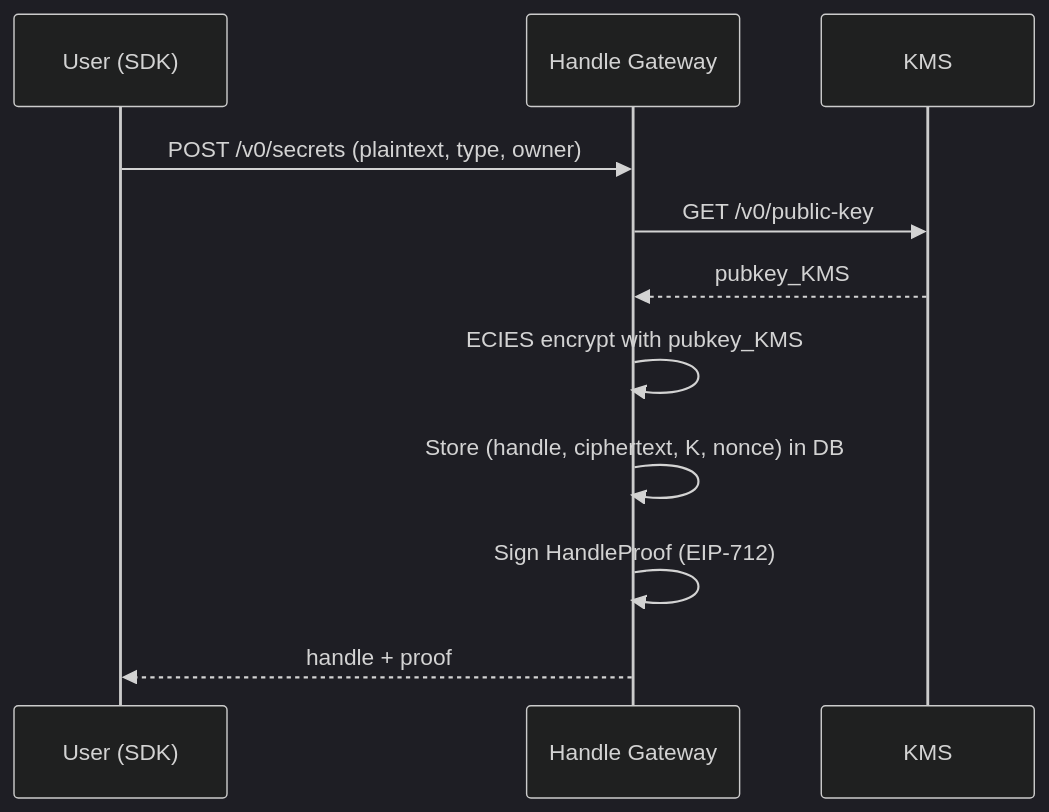
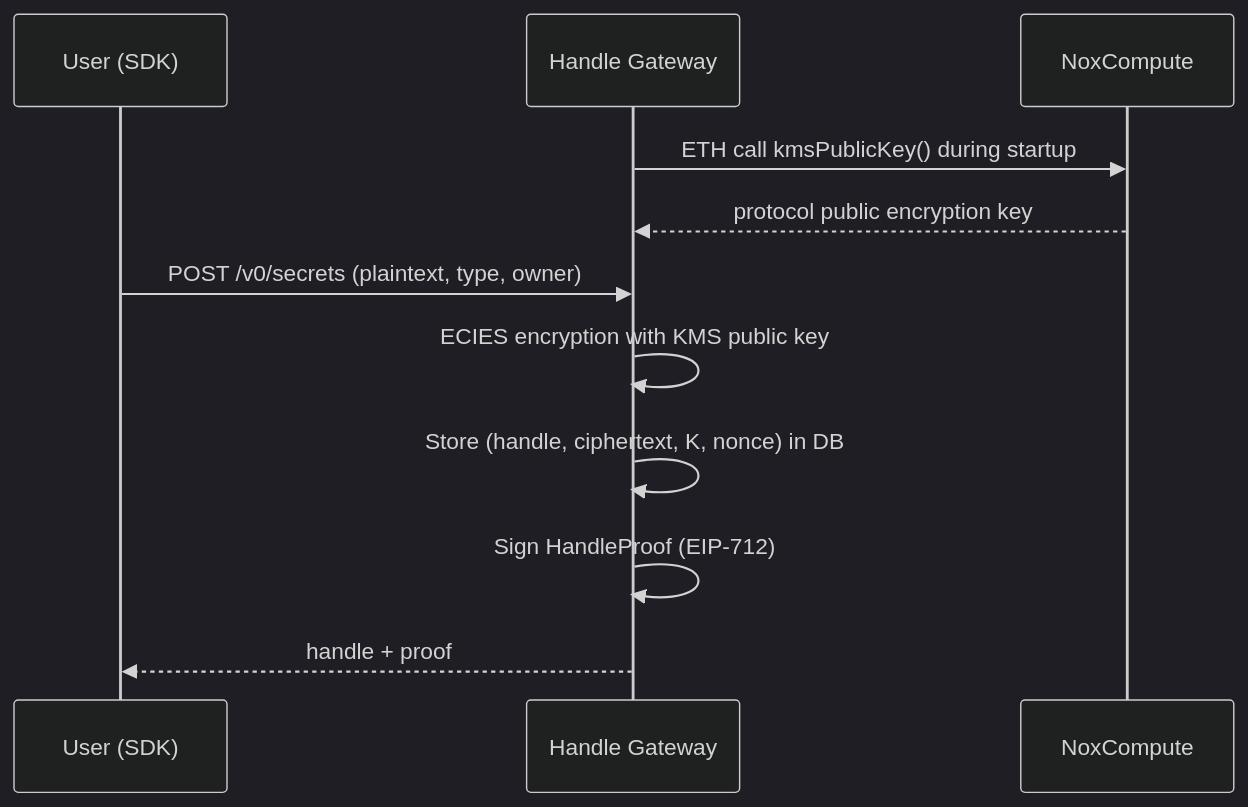
One commit to iExec-Nox/documentation changed the first of 3 diagrams in src/protocol/gateway.md. Above: the diagram before and after it, drawn with Mermaid (dark theme). The commit also changed other lines of this file and 11 other files, not shown here.

````diff
--- a/src/protocol/gateway.md
+++ b/src/protocol/gateway.md
@@ -30,14 +30,14 @@
 ```mermaid
 sequenceDiagram
     participant U as User (SDK)
     participant GW as Handle Gateway
-    participant KMS
+    participant SC as NoxCompute
 
+    GW->>SC: ETH call kmsPublicKey() during startup
+    SC-->>GW: protocol public encryption key
     U->>GW: POST /v0/secrets (plaintext, type, owner)
-    GW->>KMS: GET /v0/public-key
-    KMS-->>GW: pubkey_KMS
-    GW->>GW: ECIES encrypt with pubkey_KMS
+    GW->>GW: ECIES encryption with KMS public key
     GW->>GW: Store (handle, ciphertext, K, nonce) in DB
     GW->>GW: Sign HandleProof (EIP-712)
     GW-->>U: handle + proof
 ```
````
